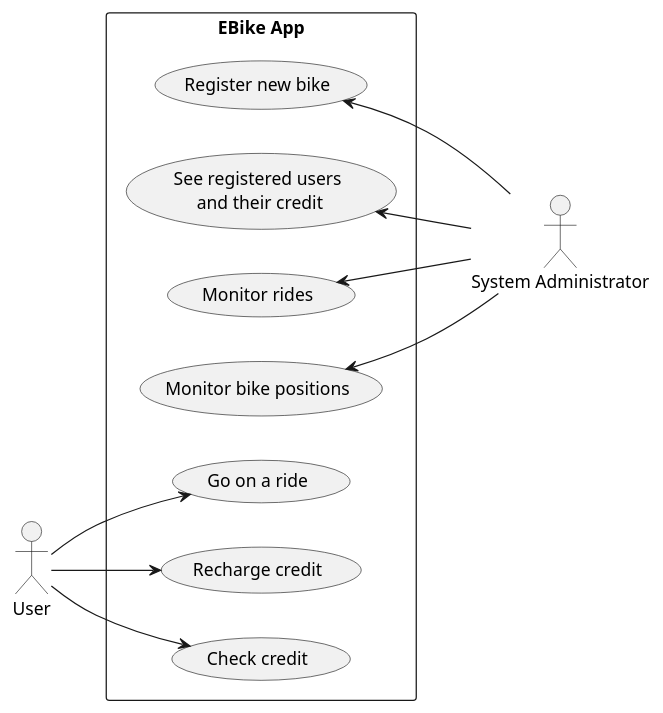
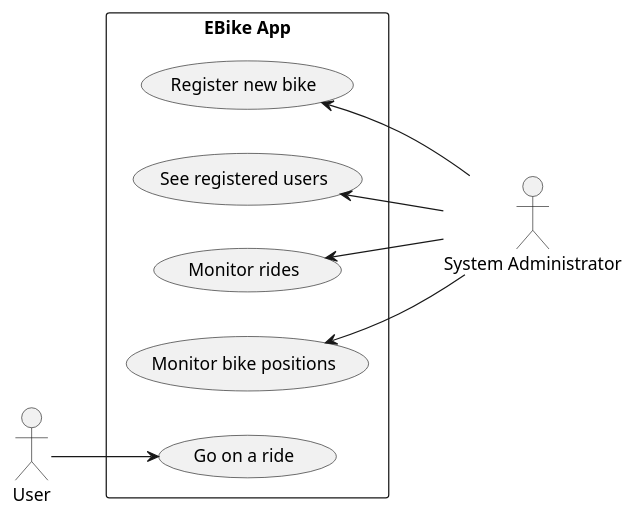
One commit to Ventus218/SAP-assignment-03 changed the diagram in doc/diagrams/src/use-cases.puml. Above: the diagram before and after it, drawn with PlantUML. The commit also changed 11 other files, not shown here.

```diff
--- a/doc/diagrams/src/use-cases.puml
+++ b/doc/diagrams/src/use-cases.puml
@@ -1,19 +1,17 @@
 @startuml use-cases
 
 actor "User"
 actor "System Administrator" as Admin
 
 left to right direction
 
 rectangle "EBike App" {
     User --> (Go on a ride)
-    User --> (Recharge credit)
-    User --> (Check credit)
 
     Admin -u-> (Monitor bike positions)
     Admin -u-> (Monitor rides)
-    Admin -u-> (See registered users\n and their credit)
+    Admin -u-> (See registered users)
     Admin -u-> (Register new bike)
 }
 
 @enduml
```
